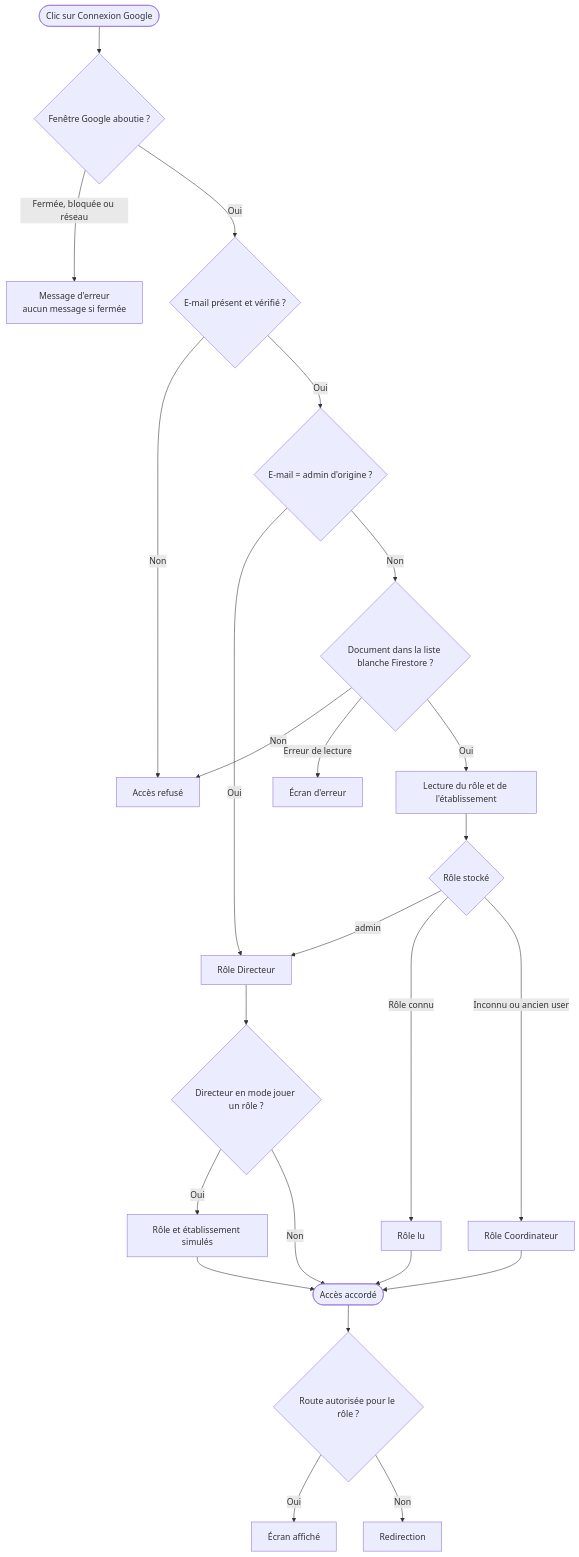
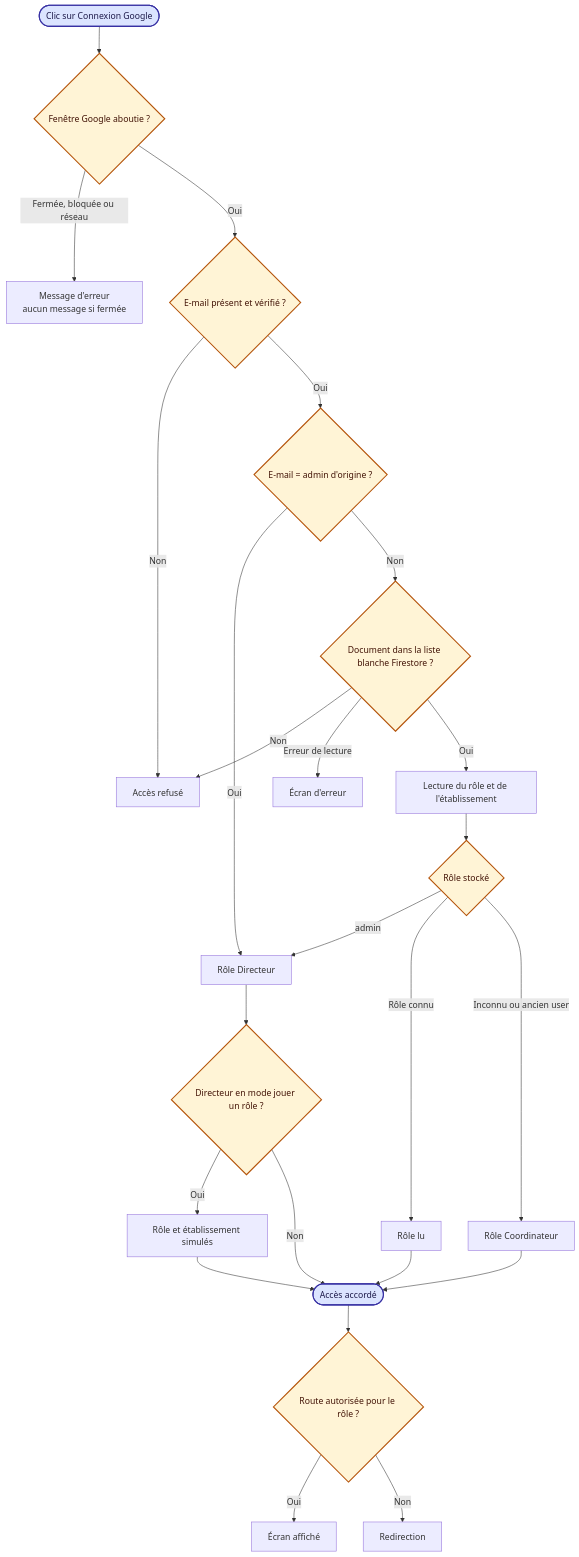
Before and after one commit to Mogot77/Application_Gestion_Travaux: the first of 2 diagrams in docs/organigrammes/01-acces-connexion.md, drawn with Mermaid. The commit also changed other lines of this file and 32 other files, not shown here.

Commit message:
docs: rework flowcharts for readability (colors, larger text, split long diagrams, recent rules)

````diff
--- a/docs/organigrammes/01-acces-connexion.md
+++ b/docs/organigrammes/01-acces-connexion.md
@@ -5,26 +5,33 @@
 ```mermaid
 flowchart TD
     A([Clic sur Connexion Google]) --> B{Fenêtre Google aboutie ?}
     B -- "Fermée, bloquée ou réseau" --> B1[Message d'erreur<br/>aucun message si fermée]
     B -- Oui --> C{E-mail présent et vérifié ?}
     C -- Non --> X[Accès refusé]
     C -- Oui --> D{E-mail = admin d'origine ?}
     D -- Oui --> R1[Rôle Directeur]
     D -- Non --> E{Document dans la liste blanche Firestore ?}
     E -- Non --> X
     E -- "Erreur de lecture" --> ERR[Écran d'erreur]
     E -- Oui --> F[Lecture du rôle et de l'établissement]
     F --> G{Rôle stocké}
     G -- "admin" --> R1
     G -- "Rôle connu" --> R2[Rôle lu]
     G -- "Inconnu ou ancien user" --> R3[Rôle Coordinateur]
     R1 --> H{Directeur en mode jouer un rôle ?}
     H -- Oui --> R4[Rôle et établissement simulés]
     H -- Non --> OK
     R2 --> OK
     R3 --> OK
     R4 --> OK
     OK([Accès accordé]) --> S{Route autorisée pour le rôle ?}
     S -- Oui --> P[Écran affiché]
     S -- Non --> Q[Redirection]
+    %% styles communs
+    classDef dec fill:#fff4d6,stroke:#b45309,stroke-width:2px,color:#431407
+    classDef term fill:#dbe4ff,stroke:#3730a3,stroke-width:2px,color:#1e1b4b
+    classDef err fill:#fde2e2,stroke:#b91c1c,stroke-width:2px,color:#450a0a
+    classDef ok fill:#dcfce7,stroke:#15803d,stroke-width:2px,color:#052e16
+    class B,C,D,E,G,H,S dec
+    class A,OK term
 ```
````
